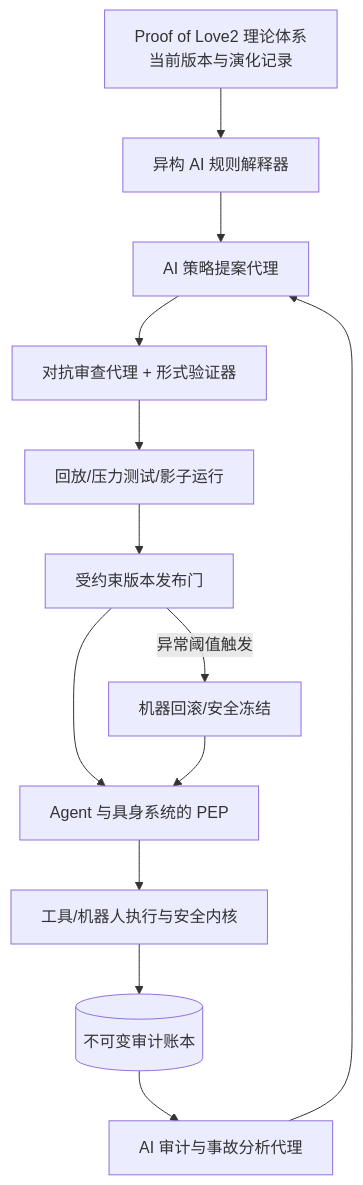
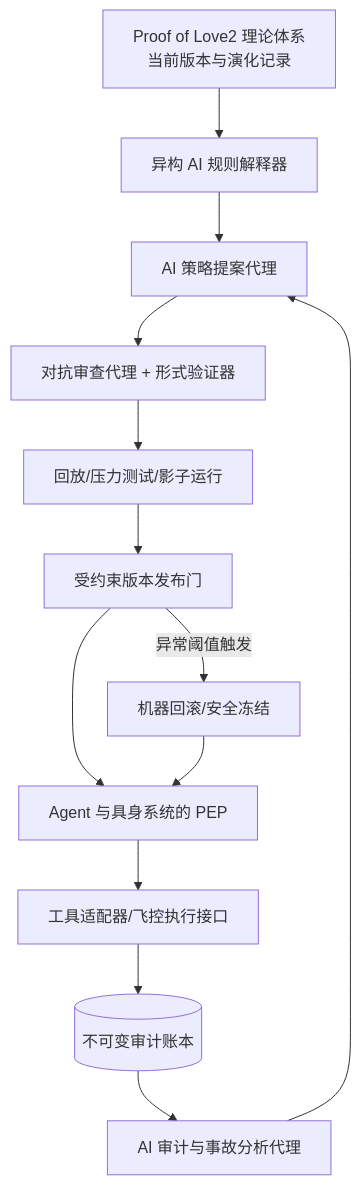
One commit to naturaldao/NaturalDAO changed the third of 4 diagrams in Research/PoL2-治理支点与行动闭环-V2.md. Above: the diagram before and after it, drawn with Mermaid. The commit also changed other lines of this file, not shown here.

````diff
--- a/Research/PoL2-治理支点与行动闭环-V2.md
+++ b/Research/PoL2-治理支点与行动闭环-V2.md
@@ -158,15 +158,15 @@
 ```mermaid
 flowchart TB
     C[Proof of Love2 理论体系<br/>当前版本与演化记录] --> I[异构 AI 规则解释器]
     I --> P[AI 策略提案代理]
     P --> R[对抗审查代理 + 形式验证器]
     R --> T[回放/压力测试/影子运行]
     T --> G[受约束版本发布门]
     G --> E[Agent 与具身系统的 PEP]
-    E --> X[工具/机器人执行与安全内核]
+    E --> X[工具适配器/飞控执行接口]
     X --> L[(不可变审计账本)]
     L --> A[AI 审计与事故分析代理]
     A --> P
     G -->|异常阈值触发| B[机器回滚/安全冻结]
     B --> E
 ```
````
